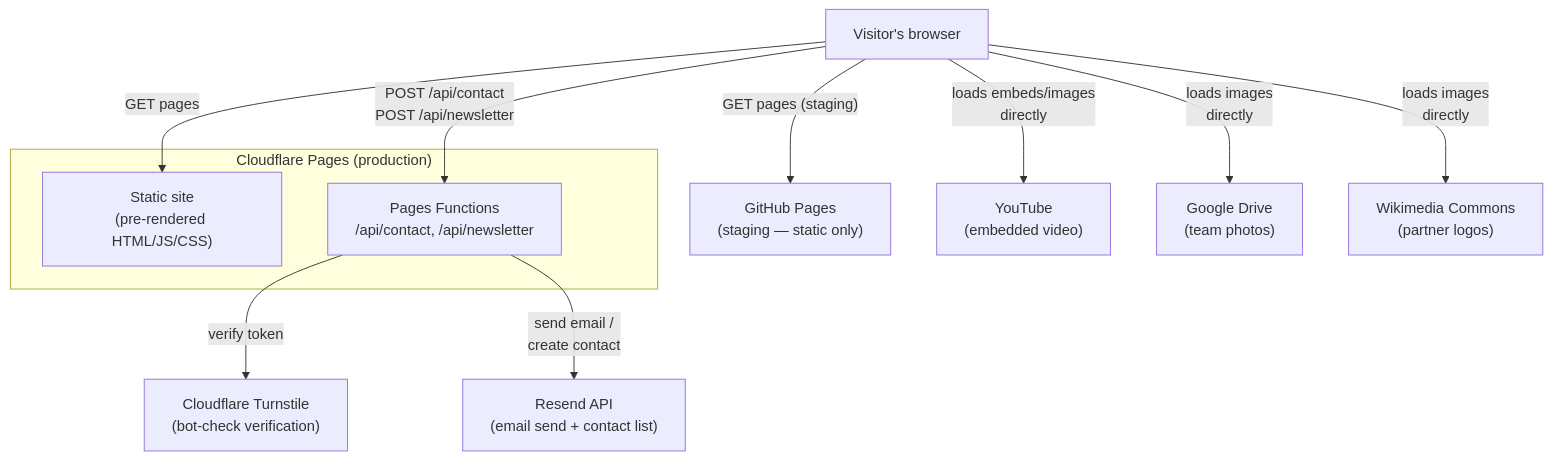
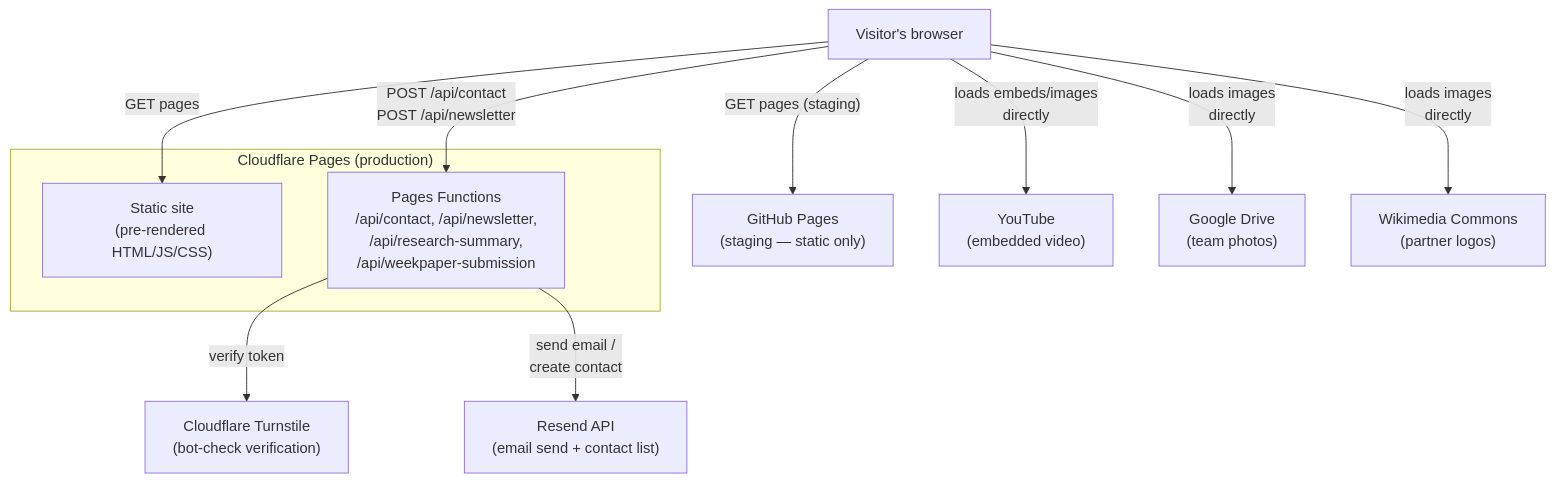
The second of 2 diagrams in docs/arc42/03-system-scope-and-context.md (GamaInstitute/gama-website), drawn with Mermaid before and after one commit. The commit also changed 50 other files, not shown here.

First line of the commit message:
feat: add legal document pages and research summaries functionality

````diff
--- a/docs/arc42/03-system-scope-and-context.md
+++ b/docs/arc42/03-system-scope-and-context.md
@@ -28,28 +28,28 @@
 ```mermaid
 flowchart TB
     Browser["Visitor's browser"]
 
     subgraph CF["Cloudflare Pages (production)"]
         Static["Static site\n(pre-rendered HTML/JS/CSS)"]
-        Fn["Pages Functions\n/api/contact, /api/newsletter"]
+        Fn["Pages Functions\n/api/contact, /api/newsletter,\n/api/research-summary,\n/api/weekpaper-submission"]
     end
 
     GHPages["GitHub Pages\n(staging — static only)"]
 
     Turnstile["Cloudflare Turnstile\n(bot-check verification)"]
     Resend["Resend API\n(email send + contact list)"]
 
     Browser -- "GET pages" --> Static
     Browser -- "GET pages (staging)" --> GHPages
     Browser -- "POST /api/contact\nPOST /api/newsletter" --> Fn
     Fn -- "verify token" --> Turnstile
     Fn -- "send email /\ncreate contact" --> Resend
 
     YouTube["YouTube\n(embedded video)"]
     Drive["Google Drive\n(team photos)"]
     Wikimedia["Wikimedia Commons\n(partner logos)"]
 
     Browser -- "loads embeds/images\ndirectly" --> YouTube
     Browser -- "loads images\ndirectly" --> Drive
     Browser -- "loads images\ndirectly" --> Wikimedia
 ```
````
